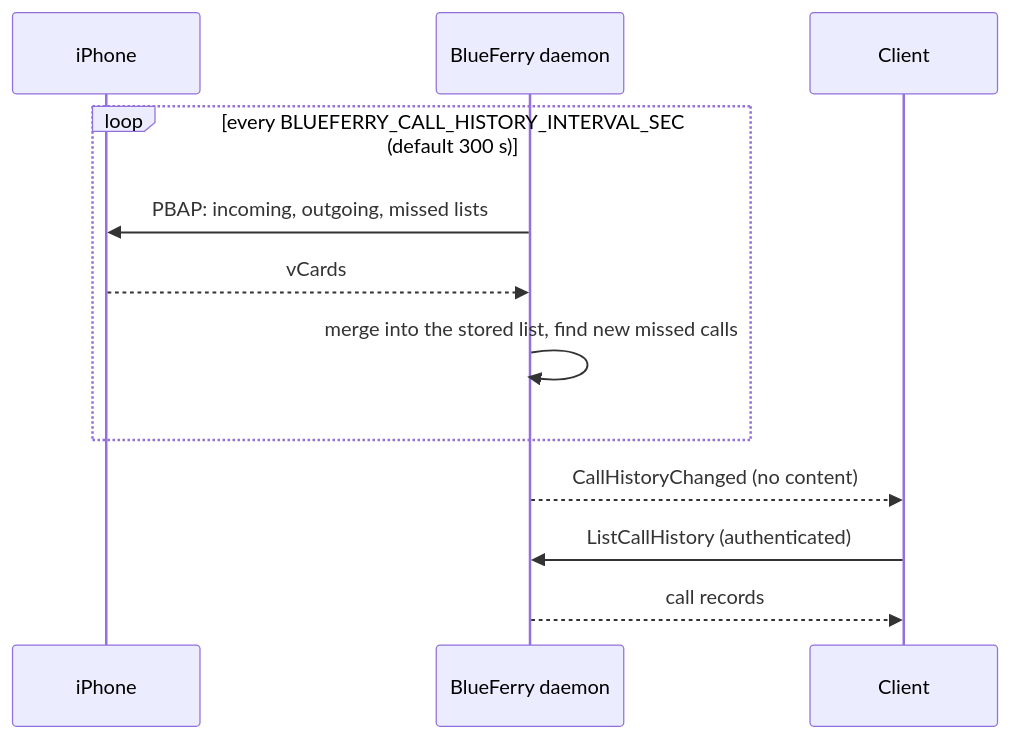
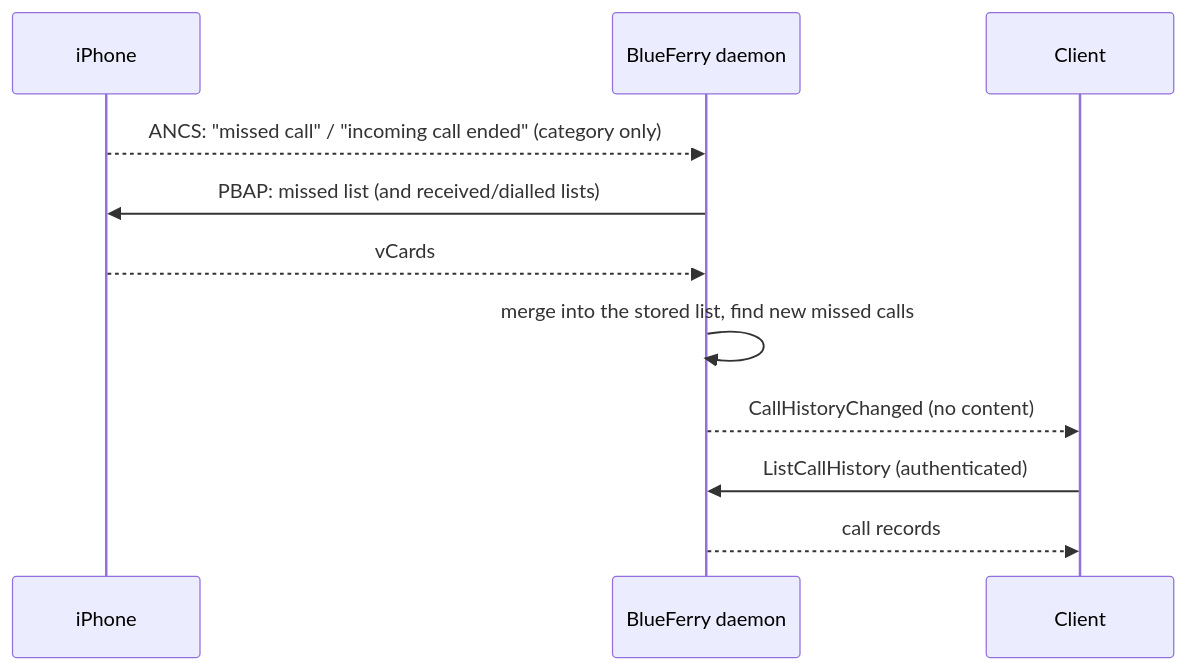
One commit to erikwb/blueferry changed the diagram in docs/en/user/call-history.md. Above: the diagram before and after it, drawn with Mermaid. The commit also changed other lines of this file and 6 other files, not shown here.

First line of the commit message:
Document the call-history opt-in, ANCS triggers and CallHistory1

````diff
--- a/docs/en/user/call-history.md
+++ b/docs/en/user/call-history.md
@@ -13,14 +13,13 @@
 ```mermaid
 sequenceDiagram
     participant P as iPhone
     participant D as BlueFerry daemon
     participant C as Client
-    loop every BLUEFERRY_CALL_HISTORY_INTERVAL_SEC (default 300 s)
-        D->>P: PBAP: incoming, outgoing, missed lists
-        P-->>D: vCards
-        D->>D: merge into the stored list, find new missed calls
-    end
+    P-->>D: ANCS: "missed call" / "incoming call ended" (category only)
+    D->>P: PBAP: missed list (and received/dialled lists)
+    P-->>D: vCards
+    D->>D: merge into the stored list, find new missed calls
     D-->>C: CallHistoryChanged (no content)
     C->>D: ListCallHistory (authenticated)
     D-->>C: call records
 ```
````
